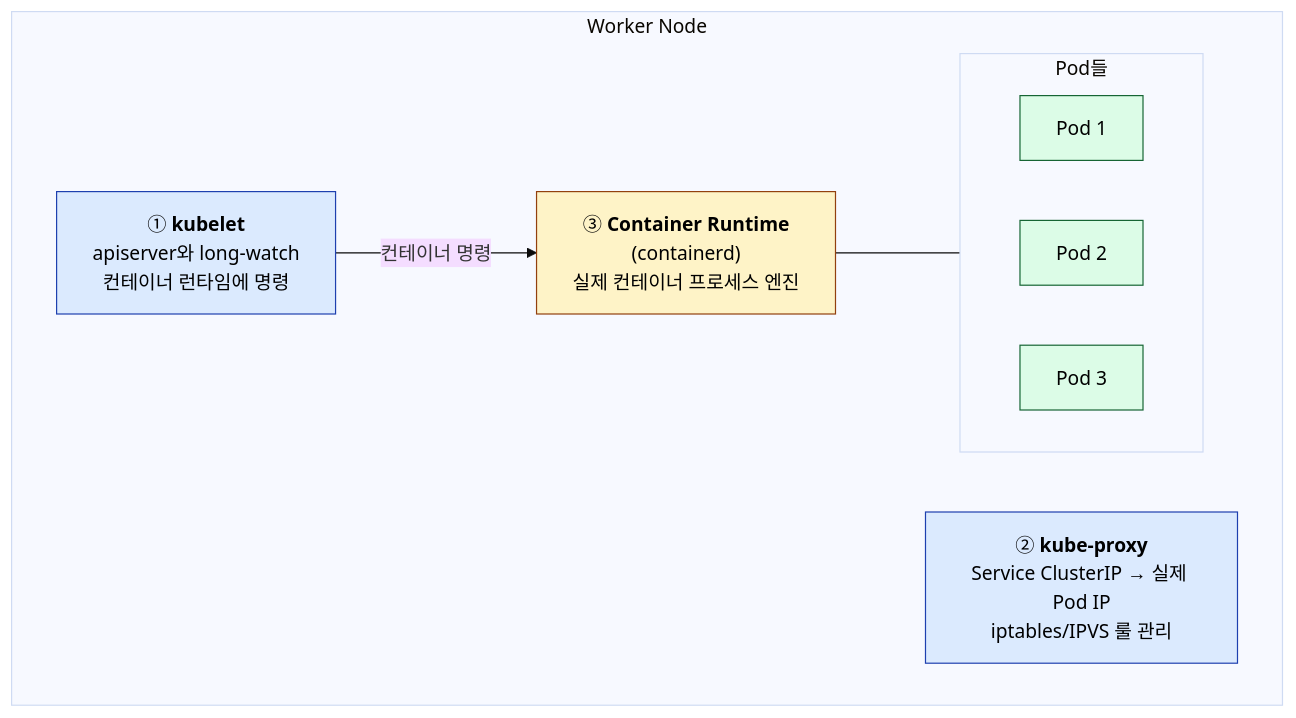
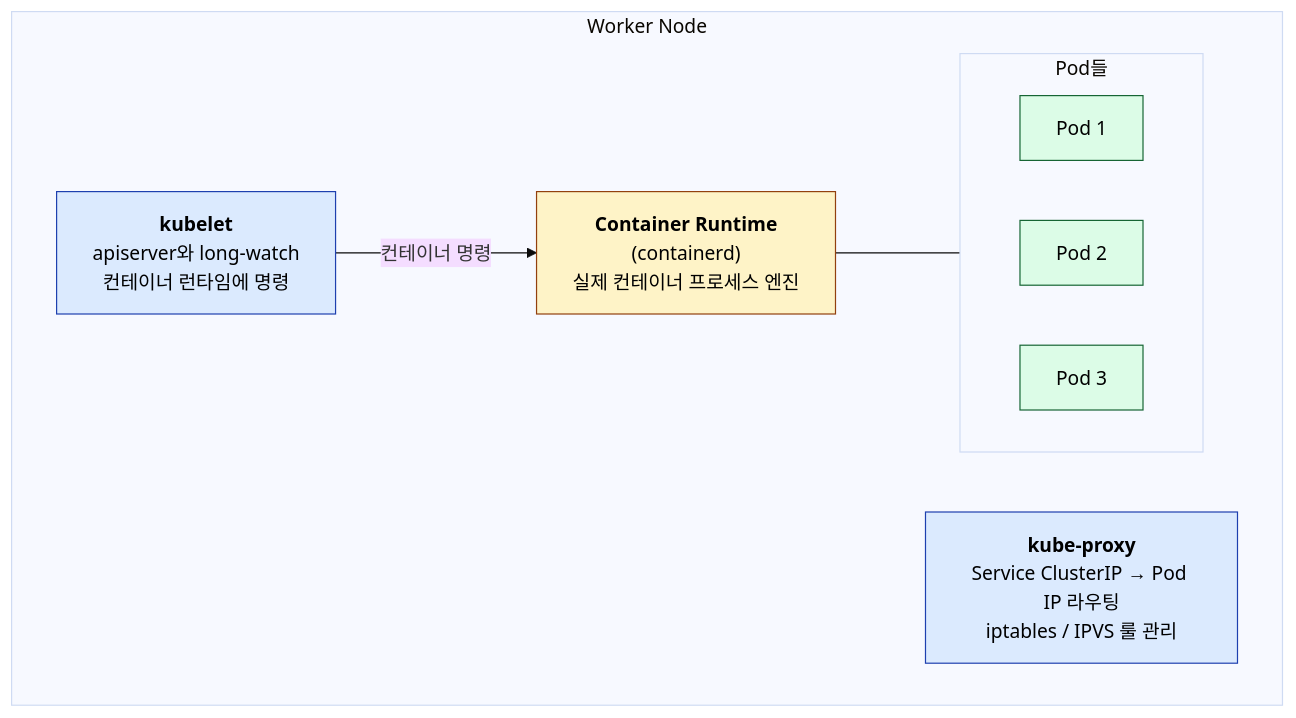
The fifth of 13 diagrams in _wiki/homelab.md (currenjin/currenjin.github.io), drawn with Mermaid (base theme) before and after one commit. The commit also changed other lines of this file, not shown here.

````diff
--- a/_wiki/homelab.md
+++ b/_wiki/homelab.md
@@ -459,25 +252,25 @@
 ```mermaid
 flowchart TB
   subgraph Worker["Worker Node"]
-    KL["① <b>kubelet</b><br/>apiserver와 long-watch<br/>컨테이너 런타임에 명령"]
-    KP["② <b>kube-proxy</b><br/>Service ClusterIP → 실제 Pod IP<br/>iptables/IPVS 룰 관리"]
-    CR["③ <b>Container Runtime</b><br/>(containerd)<br/>실제 컨테이너 프로세스 엔진"]
+    KL["<b>kubelet</b><br/>apiserver와 long-watch<br/>컨테이너 런타임에 명령"]
+    KP["<b>kube-proxy</b><br/>Service ClusterIP → Pod IP 라우팅<br/>iptables / IPVS 룰 관리"]
+    CR["<b>Container Runtime</b><br/>(containerd)<br/>실제 컨테이너 프로세스 엔진"]
 
     subgraph Pods["Pod들"]
       direction LR
       P1["Pod 1"]
       P2["Pod 2"]
       P3["Pod 3"]
     end
 
     KL -- 컨테이너 명령 --> CR
     CR --- Pods
   end
 
   classDef agent fill:#dbeafe,stroke:#1e40af,color:#000
   classDef runtime fill:#fef3c7,stroke:#92400e,color:#000
   classDef pod fill:#dcfce7,stroke:#166534,color:#000
   class KL,KP agent
   class CR runtime
   class P1,P2,P3 pod
 ```
````
